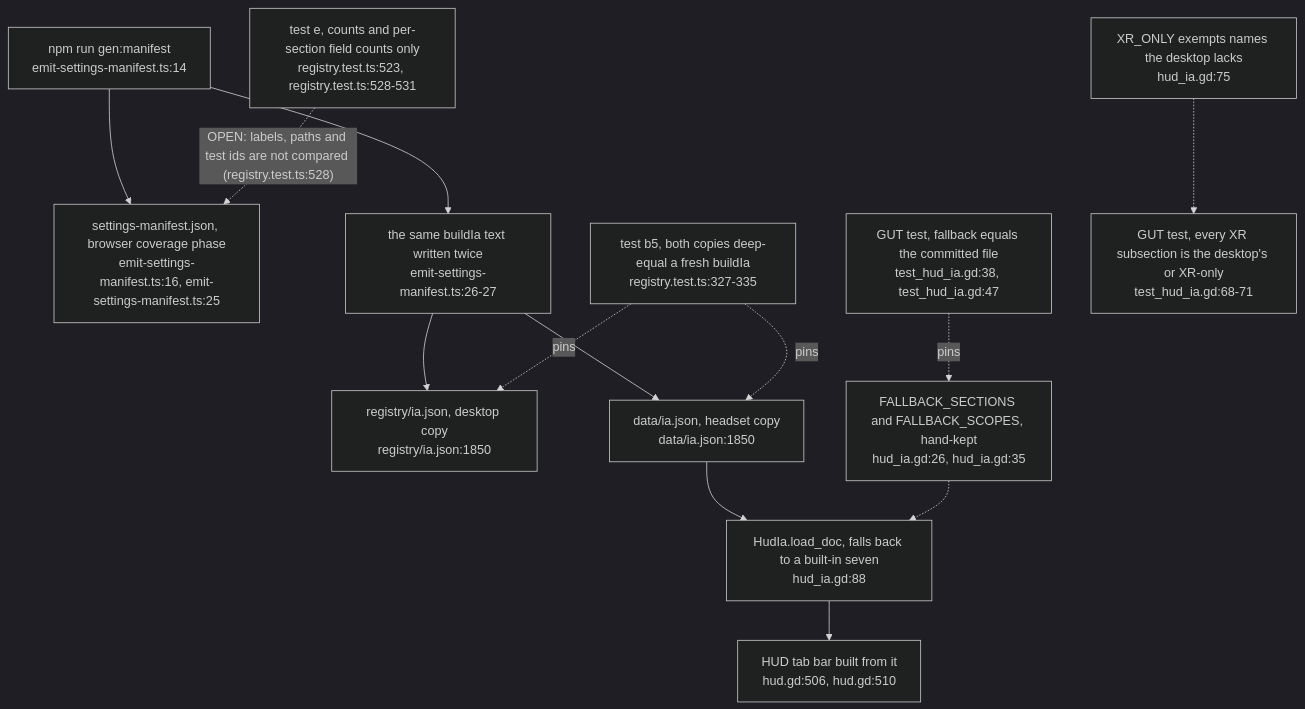
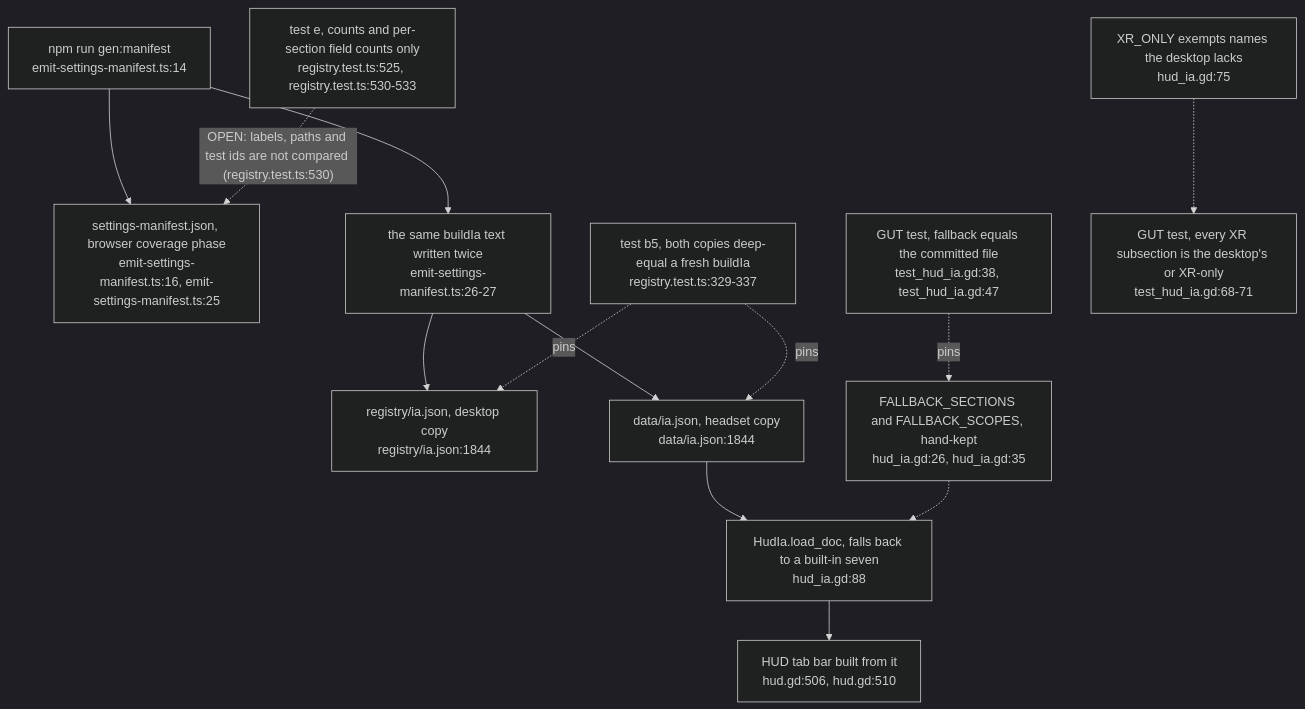
The third of 12 diagrams in docs/diagrams/visionclaw/57-control-centre-ia-and-drawer.md (DreamLab-AI/VisionFlow), drawn with Mermaid (dark theme) before and after one commit. The commit also changed other lines of this file and 46 other files, not shown here.

Commit message:
docs(diagrams): re-verify VisionClaw topics at 809a859aa/a950f4d80 after the consolidation pass

````diff
--- a/docs/diagrams/visionclaw/57-control-centre-ia-and-drawer.md
+++ b/docs/diagrams/visionclaw/57-control-centre-ia-and-drawer.md
@@ -119,15 +131,15 @@
 ```mermaid
 flowchart TB
     EM["npm run gen:manifest<br/>emit-settings-manifest.ts:14"] --> MAN["settings-manifest.json, browser coverage phase<br/>emit-settings-manifest.ts:16, emit-settings-manifest.ts:25"]
     EM --> IAW["the same buildIa text written twice<br/>emit-settings-manifest.ts:26-27"]
-    IAW --> C1["registry/ia.json, desktop copy<br/>registry/ia.json:1850"]
-    IAW --> C2["data/ia.json, headset copy<br/>data/ia.json:1850"]
-    B5["test b5, both copies deep-equal a fresh buildIa<br/>registry.test.ts:327-335"] -.->|pins| C1
+    IAW --> C1["registry/ia.json, desktop copy<br/>registry/ia.json:1844"]
+    IAW --> C2["data/ia.json, headset copy<br/>data/ia.json:1844"]
+    B5["test b5, both copies deep-equal a fresh buildIa<br/>registry.test.ts:329-337"] -.->|pins| C1
     B5 -.->|pins| C2
-    TE["test e, counts and per-section field counts only<br/>registry.test.ts:523, registry.test.ts:528-531"] -.->|"OPEN: labels, paths and test ids are not compared (registry.test.ts:528)"| MAN
+    TE["test e, counts and per-section field counts only<br/>registry.test.ts:525, registry.test.ts:530-533"] -.->|"OPEN: labels, paths and test ids are not compared (registry.test.ts:530)"| MAN
     C2 --> LD["HudIa.load_doc, falls back to a built-in seven<br/>hud_ia.gd:88"]
     LD --> HUD["HUD tab bar built from it<br/>hud.gd:506, hud.gd:510"]
     FB["FALLBACK_SECTIONS and FALLBACK_SCOPES, hand-kept<br/>hud_ia.gd:26, hud_ia.gd:35"] -.-> LD
     GUT["GUT test, fallback equals the committed file<br/>test_hud_ia.gd:38, test_hud_ia.gd:47"] -.->|pins| FB
     XO["XR_ONLY exempts names the desktop lacks<br/>hud_ia.gd:75"] -.-> GUT2["GUT test, every XR subsection is the desktop's or XR-only<br/>test_hud_ia.gd:68-71"]
 ```
````
